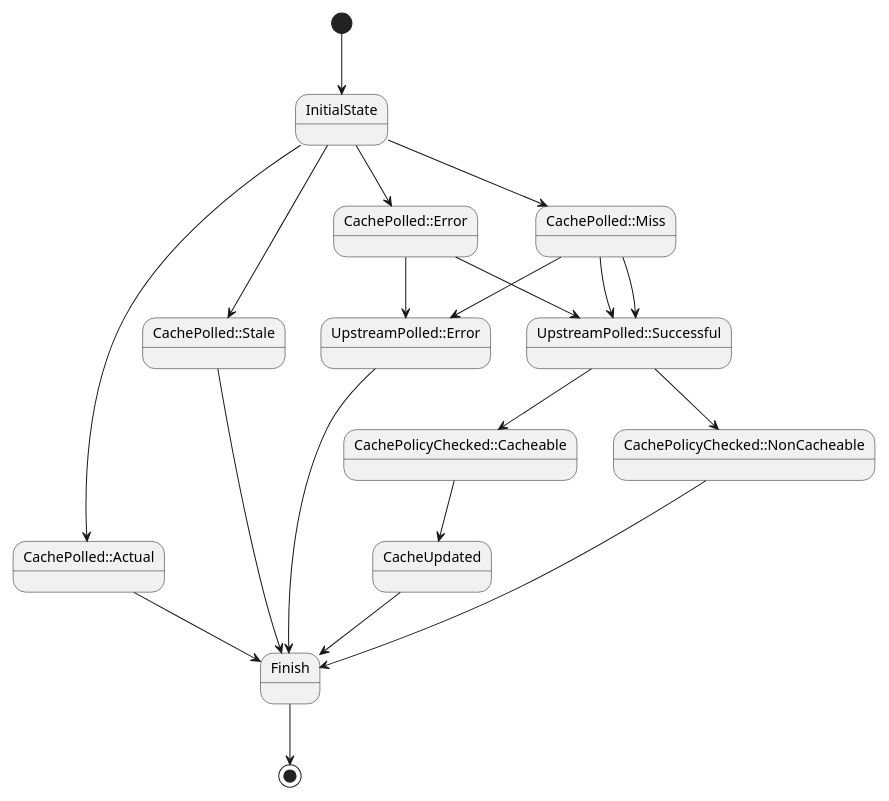
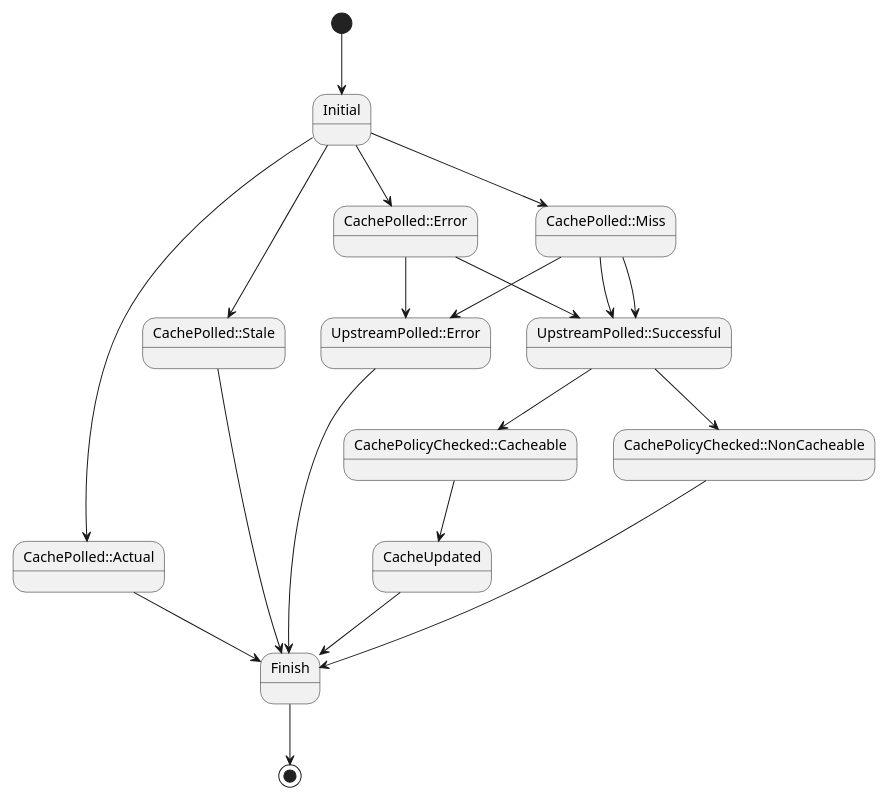
The diagram in hitbox/diagrams/only_cache.puml (hit-box/hitbox), drawn with PlantUML before and after one commit. The commit also changed 12 other files, not shown here.

```diff
--- a/hitbox/diagrams/only_cache.puml
+++ b/hitbox/diagrams/only_cache.puml
@@ -1,33 +1,33 @@
 @startuml
 'https://plantuml.com/state-diagram
 
 scale 700 width
-[*] --> InitialState
+[*] --> Initial
 
-InitialState --> CachePolled::Actual
-InitialState --> CachePolled::Stale
-InitialState --> CachePolled::Miss
-InitialState --> CachePolled::Error
+Initial --> CachePolled::Actual
+Initial --> CachePolled::Stale
+Initial --> CachePolled::Miss
+Initial --> CachePolled::Error
 
 CachePolled::Actual --> Finish
 CachePolled::Stale --> Finish
 
 CachePolled::Miss --> UpstreamPolled::Successful
 CachePolled::Miss --> UpstreamPolled::Error
 
 CachePolled::Miss --> UpstreamPolled::Successful
 UpstreamPolled::Successful --> CachePolicyChecked::Cacheable
 UpstreamPolled::Successful --> CachePolicyChecked::NonCacheable
 
 CachePolled::Error --> UpstreamPolled::Successful
 CachePolled::Error --> UpstreamPolled::Error
 
 CachePolicyChecked::Cacheable --> CacheUpdated
 CachePolicyChecked::NonCacheable --> Finish
 UpstreamPolled::Error --> Finish
 
 CacheUpdated --> Finish
 
 Finish --> [*]
 
 @enduml
```
